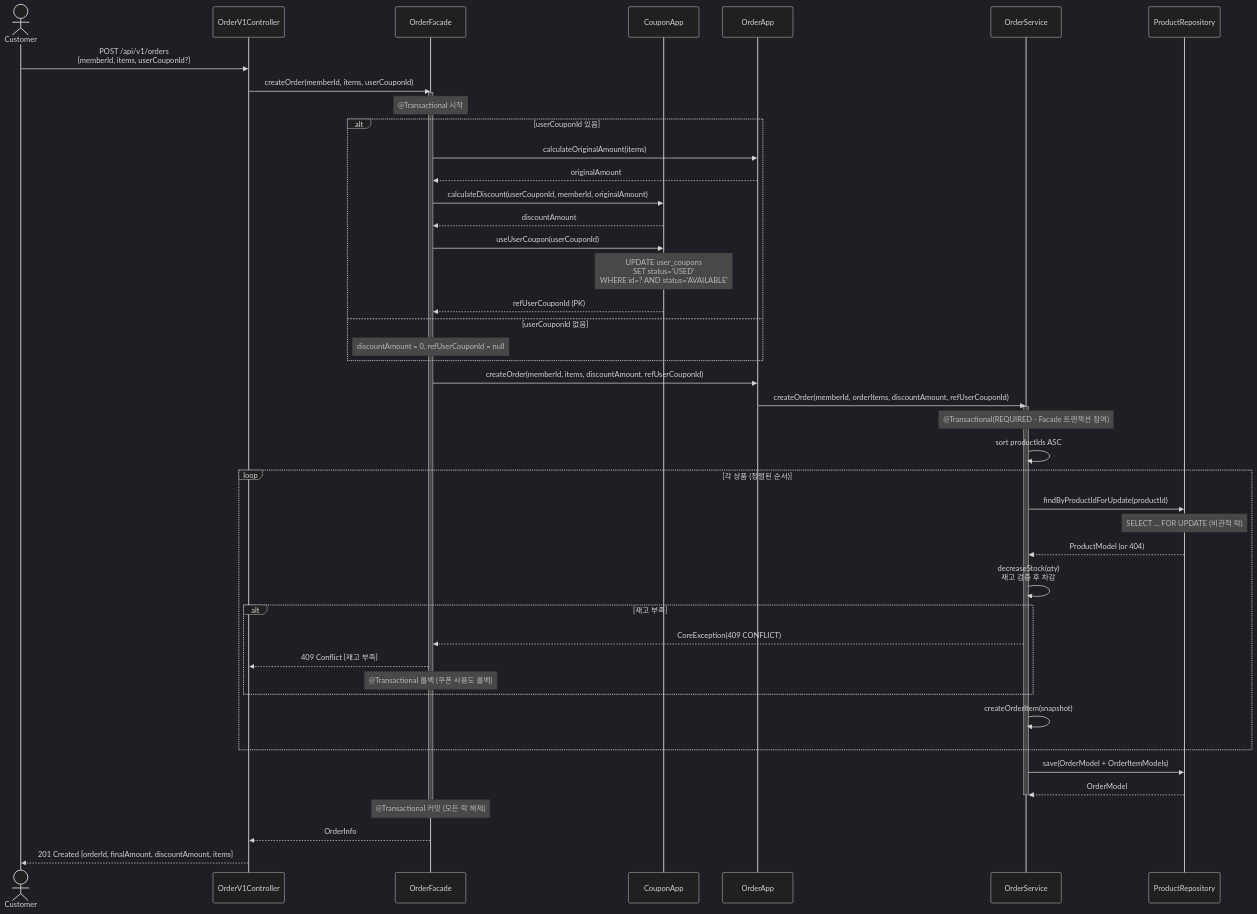
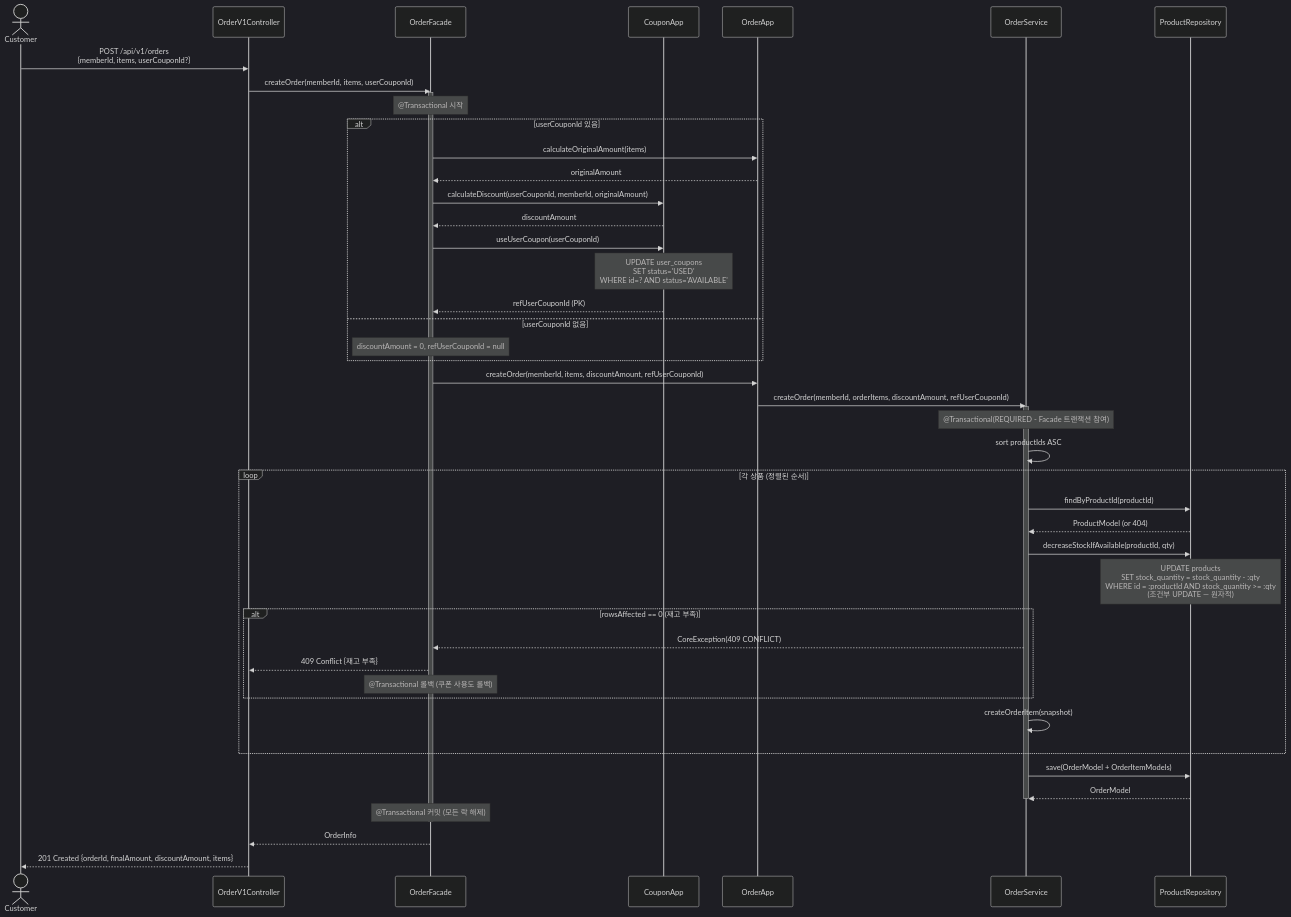
Before and after one commit to YoHanKi/loop-pack-be-l2-vol3-java: the first of 6 diagrams in docs/design/02-sequence-diagrams.md, drawn with Mermaid (dark theme). The commit also changed other lines of this file and 2 other files, not shown here.

````diff
--- a/docs/design/02-sequence-diagrams.md
+++ b/docs/design/02-sequence-diagrams.md
@@ -35,70 +35,70 @@
 ```mermaid
 sequenceDiagram
     actor Customer
     participant Controller as OrderV1Controller
     participant Facade as OrderFacade
     participant CouponApp as CouponApp
     participant OrderApp as OrderApp
     participant OrderService as OrderService
     participant ProductRepo as ProductRepository
 
     Customer->>Controller: POST /api/v1/orders<br/>{memberId, items, userCouponId?}
     Controller->>Facade: createOrder(memberId, items, userCouponId)
 
     activate Facade
     Note over Facade: @Transactional 시작
 
     alt userCouponId 있음
         %% 1. 원래 주문금액 계산 (재고 차감 전)
         Facade->>OrderApp: calculateOriginalAmount(items)
         OrderApp-->>Facade: originalAmount
 
         %% 2. 할인 금액 계산 (소유권 + 상태 + 최소금액 검증)
         Facade->>CouponApp: calculateDiscount(userCouponId, memberId, originalAmount)
         CouponApp-->>Facade: discountAmount
 
         %% 3. 쿠폰 사용 처리 (조건부 UPDATE → PK 반환)
         Facade->>CouponApp: useUserCoupon(userCouponId)
         Note over CouponApp: UPDATE user_coupons<br/>SET status='USED'<br/>WHERE id=? AND status='AVAILABLE'
         CouponApp-->>Facade: refUserCouponId (PK)
     else userCouponId 없음
         Note over Facade: discountAmount = 0, refUserCouponId = null
     end
 
     %% 4. 주문 생성 (재고 차감 + 스냅샷 저장)
     Facade->>OrderApp: createOrder(memberId, items, discountAmount, refUserCouponId)
     OrderApp->>OrderService: createOrder(memberId, orderItems, discountAmount, refUserCouponId)
 
     activate OrderService
     Note over OrderService: @Transactional(REQUIRED - Facade 트랜잭션 참여)
 
     %% productId 오름차순 정렬 (데드락 방지)
     OrderService->>OrderService: sort productIds ASC
 
     loop 각 상품 (정렬된 순서)
-        OrderService->>ProductRepo: findByProductIdForUpdate(productId)
-        Note over ProductRepo: SELECT ... FOR UPDATE (비관적 락)
+        OrderService->>ProductRepo: findByProductId(productId)
         ProductRepo-->>OrderService: ProductModel (or 404)
 
-        OrderService->>OrderService: decreaseStock(qty)<br/>재고 검증 후 차감
+        OrderService->>ProductRepo: decreaseStockIfAvailable(productId, qty)
+        Note over ProductRepo: UPDATE products<br/>SET stock_quantity = stock_quantity - :qty<br/>WHERE id = :productId AND stock_quantity >= :qty<br/>(조건부 UPDATE — 원자적)
 
-        alt 재고 부족
+        alt rowsAffected == 0 (재고 부족)
             OrderService-->>Facade: CoreException(409 CONFLICT)
             Facade-->>Controller: 409 Conflict {재고 부족}
             Note over Facade: @Transactional 롤백 (쿠폰 사용도 롤백)
         end
 
         OrderService->>OrderService: createOrderItem(snapshot)
     end
 
     OrderService->>ProductRepo: save(OrderModel + OrderItemModels)
     ProductRepo-->>OrderService: OrderModel
 
     deactivate OrderService
 
     Note over Facade: @Transactional 커밋 (모든 락 해제)
     deactivate Facade
 
     Facade-->>Controller: OrderInfo
     Controller-->>Customer: 201 Created {orderId, finalAmount, discountAmount, items}
 ```
````
